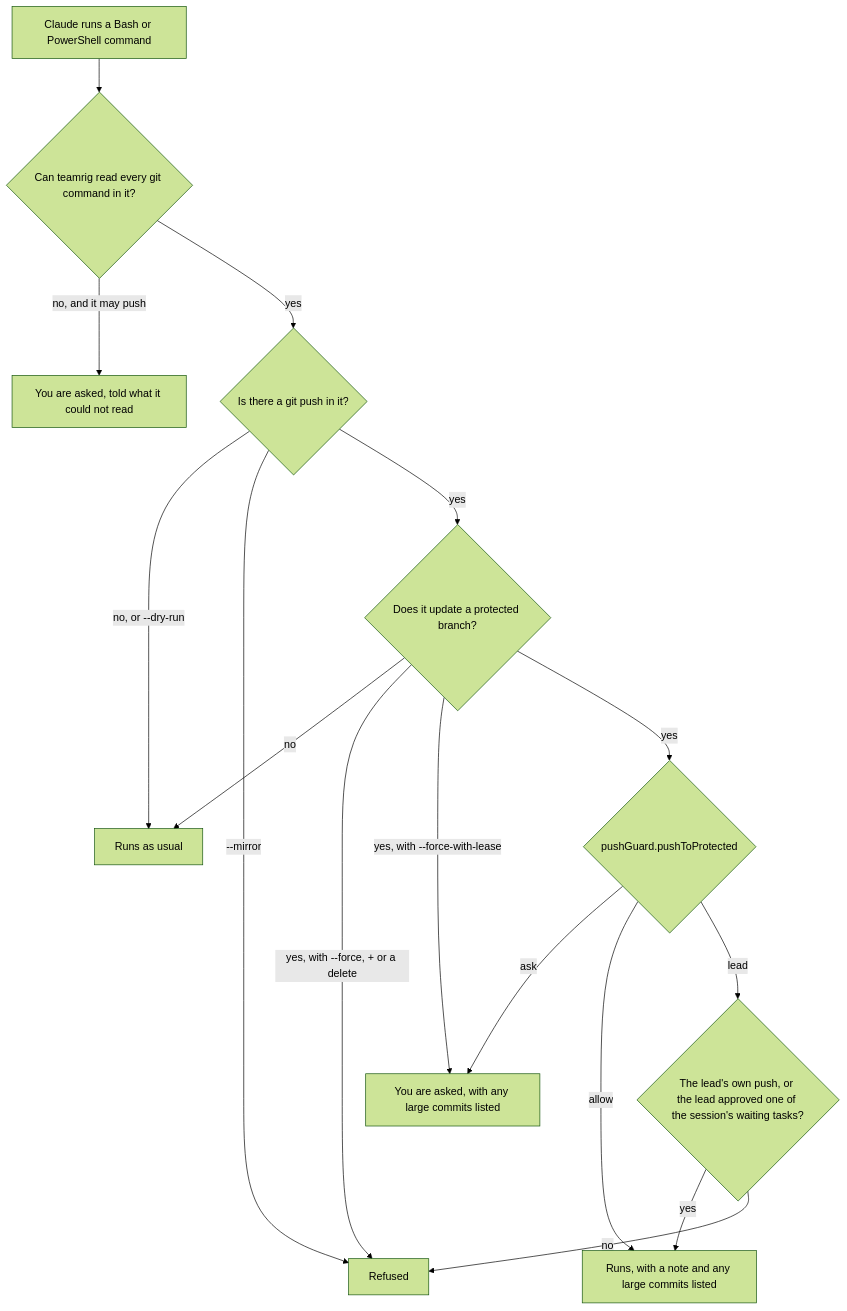
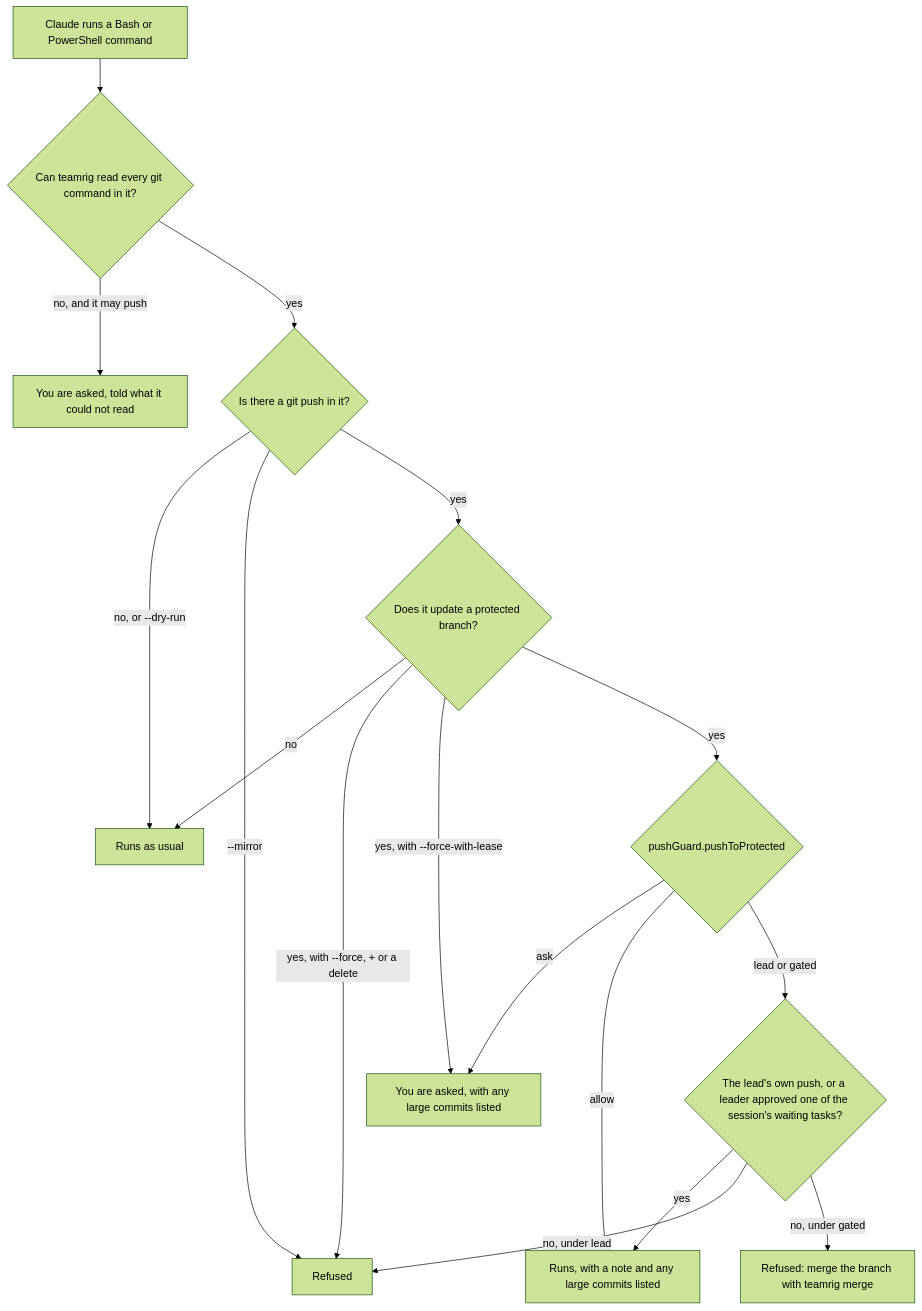
The diagram in docs/guides/keep-it-safe.md (GeneralA6/teamrig), drawn with Mermaid (forest theme) before and after one commit. The commit also changed other lines of this file and 5 other files, not shown here.

First line of the commit message:
docs: pushToProtected gated in the docs and the help (T858)

````diff
--- a/docs/guides/keep-it-safe.md
+++ b/docs/guides/keep-it-safe.md
@@ -25,18 +25,19 @@
 ```mermaid
 flowchart TD
   cmd["Claude runs a Bash or PowerShell command"] --> read{"Can teamrig read every git command in it?"}
   read -- "no, and it may push" --> doubt["You are asked, told what it could not read"]
   read -- yes --> push{"Is there a git push in it?"}
   push -- "no, or --dry-run" --> run["Runs as usual"]
   push -- "--mirror" --> deny["Refused"]
   push -- yes --> branch{"Does it update a protected branch?"}
   branch -- no --> run
   branch -- "yes, with --force, + or a delete" --> deny
   branch -- "yes, with --force-with-lease" --> ask["You are asked, with any large commits listed"]
   branch -- yes --> mode{"pushGuard.pushToProtected"}
   mode -- ask --> ask
   mode -- allow --> note["Runs, with a note and any large commits listed"]
-  mode -- lead --> cleared{"The lead's own push, or the lead approved one of the session's waiting tasks?"}
+  mode -- "lead or gated" --> cleared{"The lead's own push, or a leader approved one of the session's waiting tasks?"}
   cleared -- yes --> note
-  cleared -- no --> deny
+  cleared -- "no, under lead" --> deny
+  cleared -- "no, under gated" --> merge["Refused: merge the branch with teamrig merge"]
 ```
````
